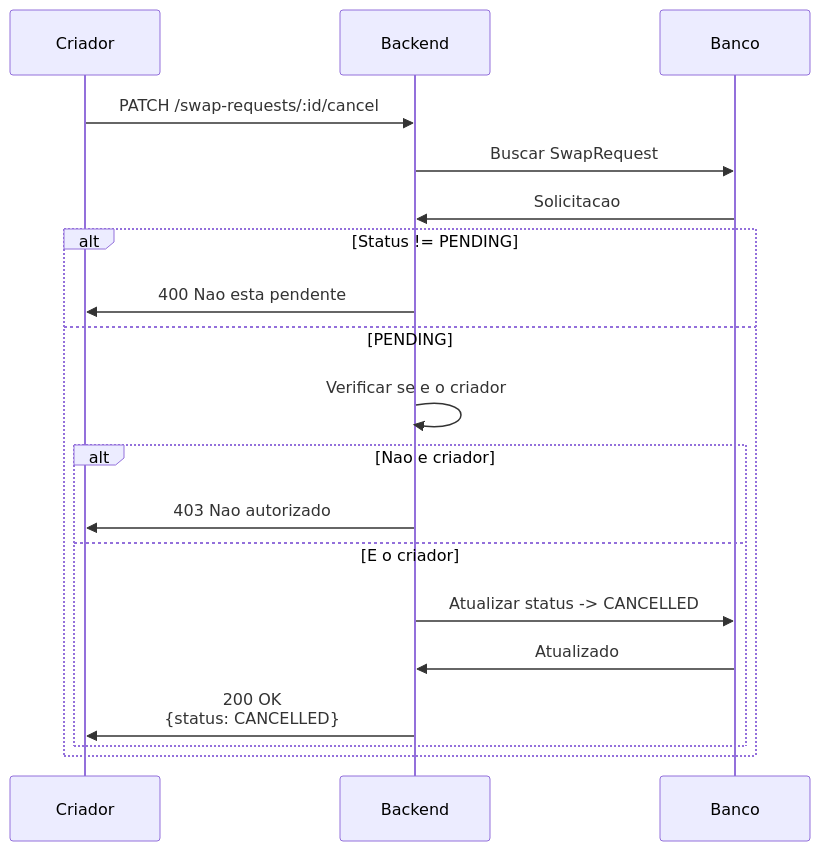
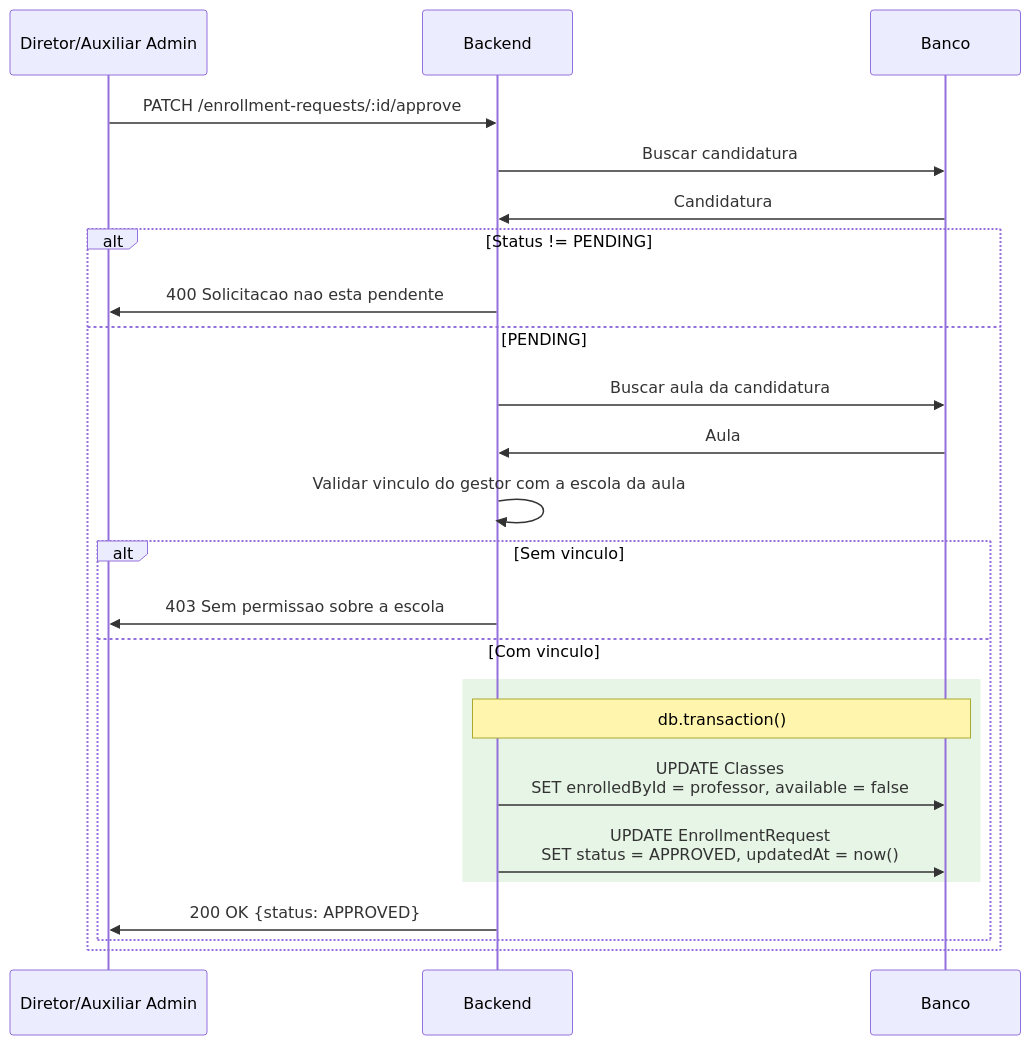
One commit to TROCA-AULA/troca-aula-backend changed the seventh of 14 diagrams in docs/07-fluxos-negocio.md. Above: the diagram before and after it, drawn with Mermaid. The commit also changed other lines of this file and 9 other files, not shown here.

````diff
--- a/docs/07-fluxos-negocio.md
+++ b/docs/07-fluxos-negocio.md
@@ -226,26 +236,31 @@
 ```mermaid
 sequenceDiagram
-    participant Requester as Criador
+    participant Gestor as Diretor/Auxiliar Admin
     participant API as Backend
     participant DB as Banco
 
-    Requester->>API: PATCH /swap-requests/:id/cancel
+    Gestor->>API: PATCH /enrollment-requests/:id/approve
     
-    API->>DB: Buscar SwapRequest
-    DB->>API: Solicitacao
+    API->>DB: Buscar candidatura
+    DB->>API: Candidatura
     
     alt Status != PENDING
-        API->>Requester: 400 Nao esta pendente
+        API->>Gestor: 400 Solicitacao nao esta pendente
     else PENDING
-        API->>API: Verificar se e o criador
+        API->>DB: Buscar aula da candidatura
+        DB->>API: Aula
         
-        alt Nao e criador
-            API->>Requester: 403 Nao autorizado
-        else E o criador
-            API->>DB: Atualizar status -> CANCELLED
-            DB->>API: Atualizado
-            
-            API->>Requester: 200 OK<br/>{status: CANCELLED}
+        API->>API: Validar vinculo do gestor com a escola da aula
+        
+        alt Sem vinculo
+            API->>Gestor: 403 Sem permissao sobre a escola
+        else Com vinculo
+            rect rgb(230, 245, 230)
+                note over API,DB: db.transaction()
+                API->>DB: UPDATE Classes<br/>SET enrolledById = professor, available = false
+                API->>DB: UPDATE EnrollmentRequest<br/>SET status = APPROVED, updatedAt = now()
+            end
+            API->>Gestor: 200 OK {status: APPROVED}
         end
     end
 ```
````
